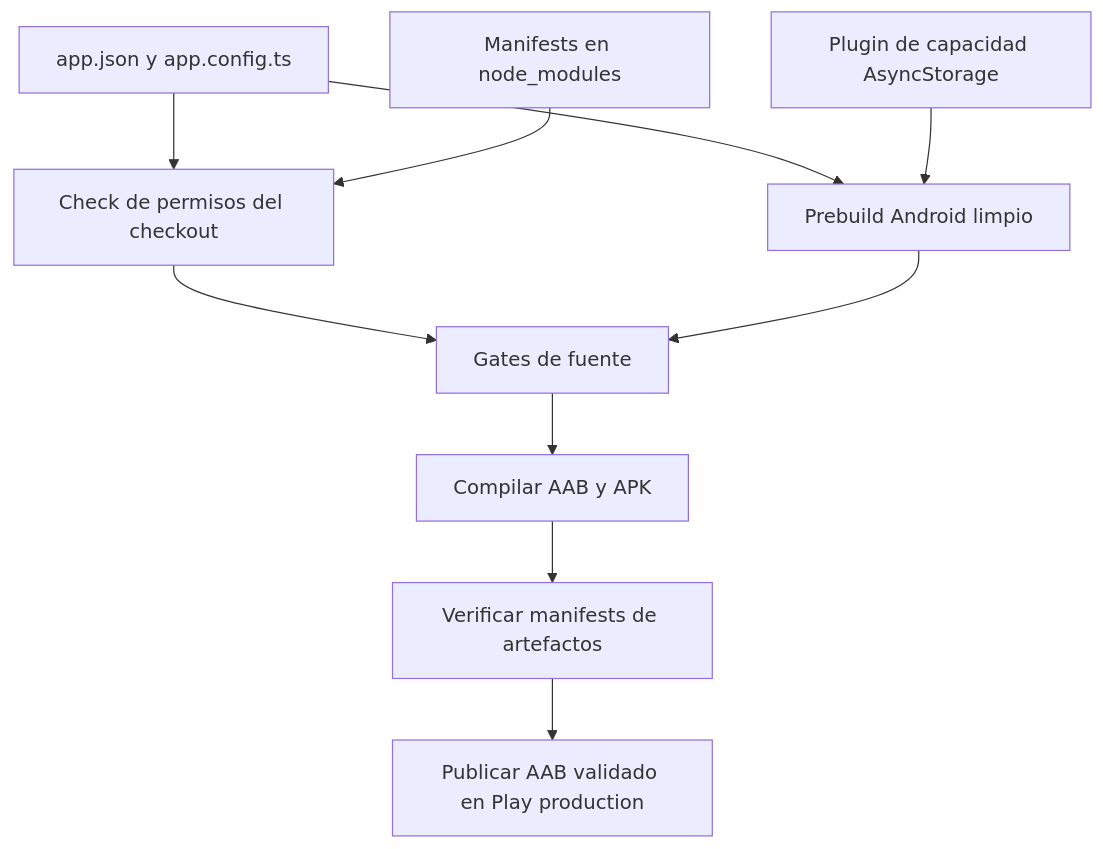
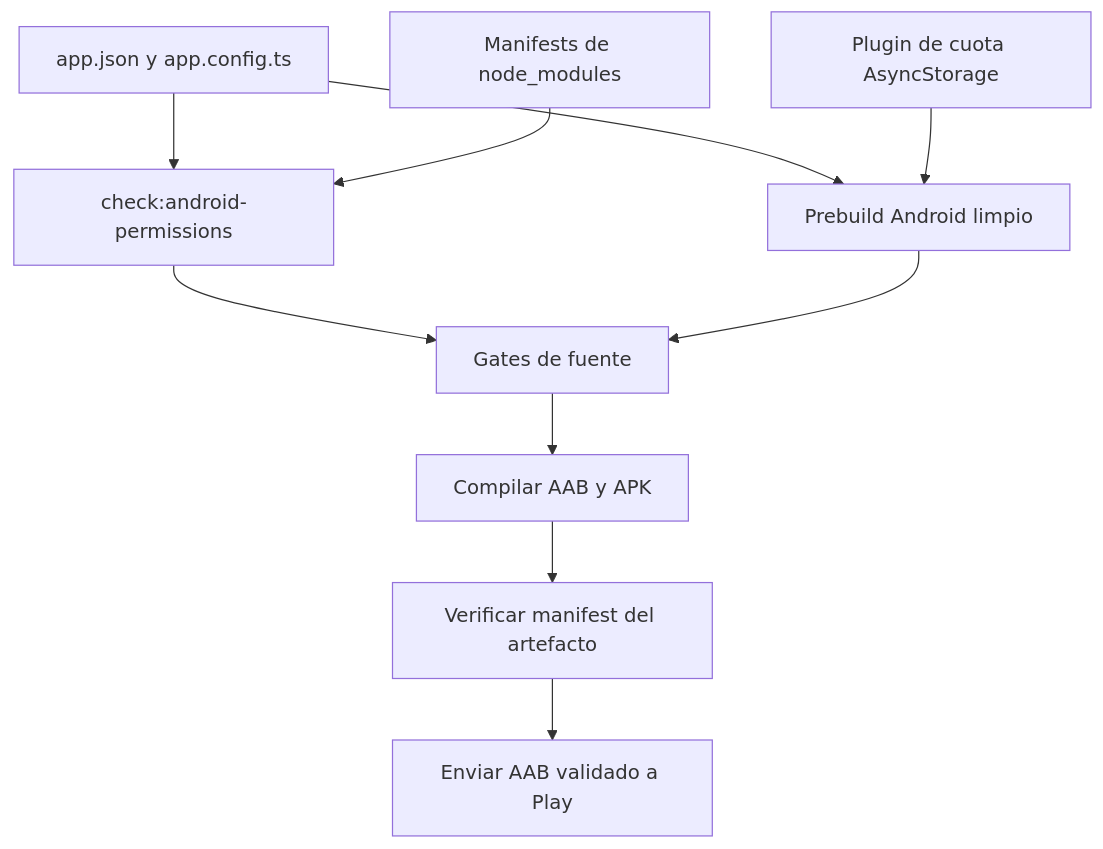
One commit to maximofn/gymnasia changed the diagram in openwiki/operations/android-permissions.md. Above: the diagram before and after it, drawn with Mermaid. The commit also changed other lines of this file and 21 other files, not shown here.

````diff
--- a/openwiki/operations/android-permissions.md
+++ b/openwiki/operations/android-permissions.md
@@ -68,12 +55,12 @@
 ```mermaid
 flowchart TD
-  Expo["app.json y app.config.ts"] --> DependencyScan["Check de permisos del checkout"]
-  Dependencies["Manifests en node_modules"] --> DependencyScan
-  Expo --> Prebuild["Prebuild Android limpio"]
-  Plugin["Plugin de capacidad AsyncStorage"] --> Prebuild
-  DependencyScan --> SourceGate["Gates de fuente"]
+  Intent["app.json y app.config.ts"] --> PermissionCheck["check:android-permissions"]
+  Dependencies["Manifests de node_modules"] --> PermissionCheck
+  Intent --> Prebuild["Prebuild Android limpio"]
+  CapacityPlugin["Plugin de cuota AsyncStorage"] --> Prebuild
+  PermissionCheck --> SourceGate["Gates de fuente"]
   Prebuild --> SourceGate
   SourceGate --> Build["Compilar AAB y APK"]
-  Build --> Verify["Verificar manifests de artefactos"]
-  Verify --> Publish["Publicar AAB validado en Play production"]
+  Build --> ArtifactCheck["Verificar manifest del artefacto"]
+  ArtifactCheck --> Play["Enviar AAB validado a Play"]
 ```
````
